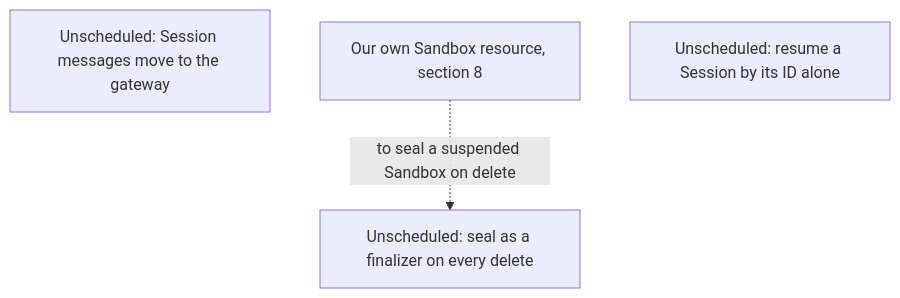
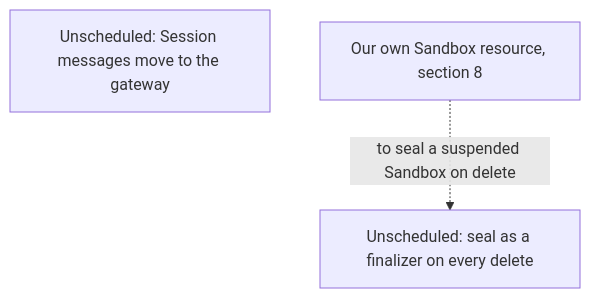
One commit to agentydragon-agent/ducktape changed diagram 13 of 14 in agentplane/plans/task_dag.md. Above: the diagram before and after it, drawn with Mermaid. The commit also changed other lines of this file and 9 other files, not shown here.

````diff
--- a/agentplane/plans/task_dag.md
+++ b/agentplane/plans/task_dag.md
@@ -869,8 +869,7 @@
 ```mermaid
 flowchart TD
     GATEWAY_CLIENT_SPLIT[Unscheduled: Session messages move to the gateway]
     AGENTPLANE_SANDBOX_RESOURCE[Our own Sandbox resource, section 8]
     SEAL_FINALIZER[Unscheduled: seal as a finalizer on every delete]
-    RESUME_BY_SESSION_ID[Unscheduled: resume a Session by its ID alone]
     AGENTPLANE_SANDBOX_RESOURCE -. to seal a suspended Sandbox on delete .-> SEAL_FINALIZER
 ```
````
